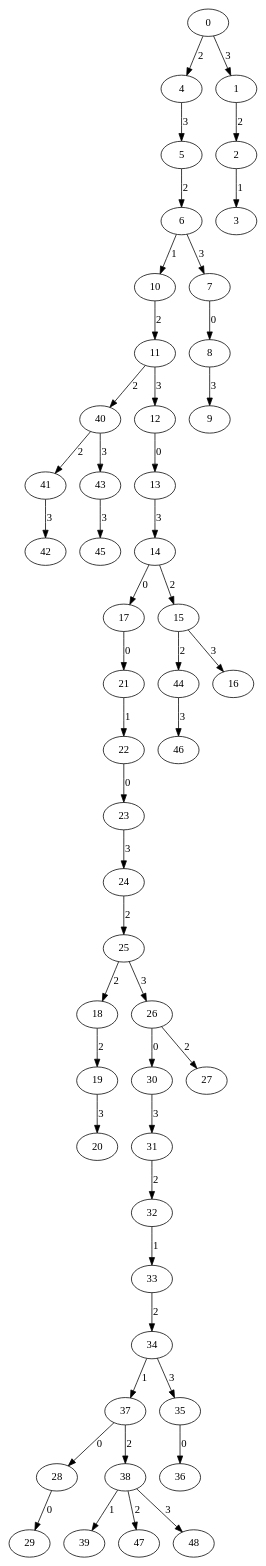
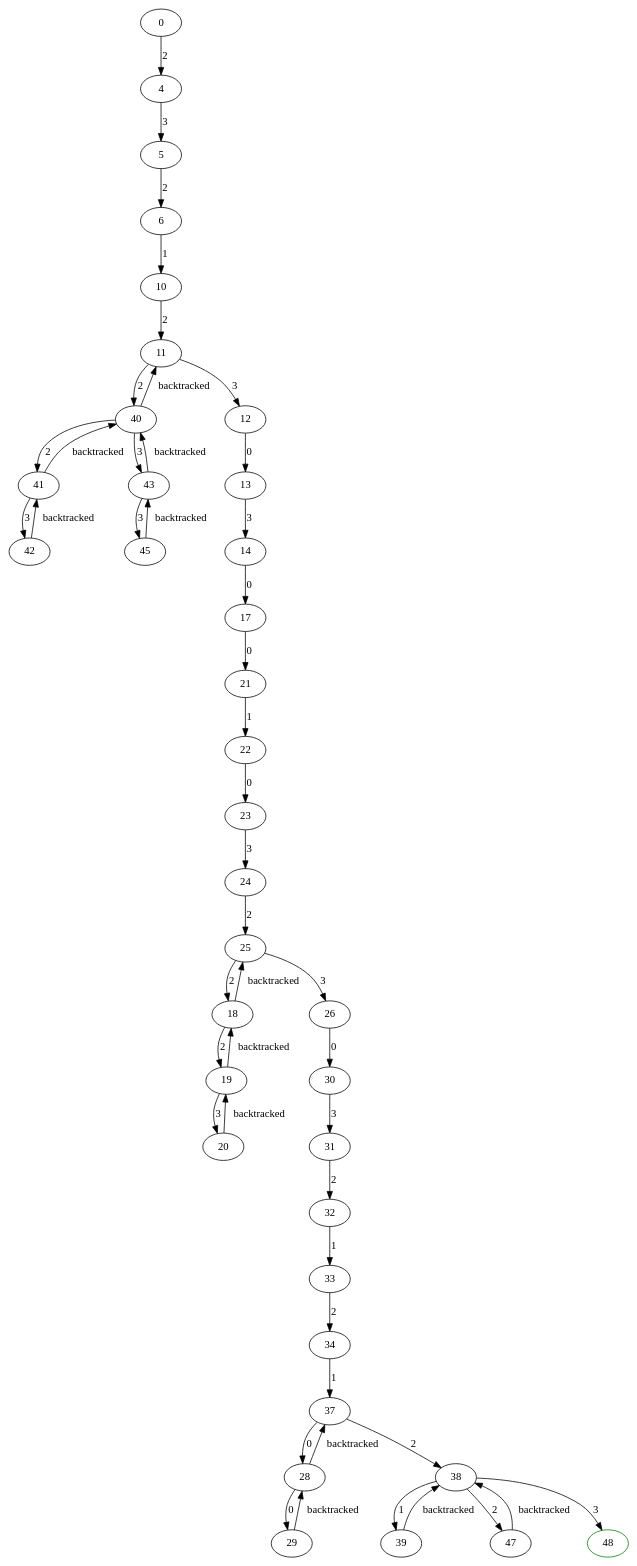
One commit to lucasduartec/DCC014 changed the diagram in tree.dot. Above: the diagram before and after it, drawn with Graphviz. The commit also changed 3 other files, not shown here.

```diff
--- a/tree.dot
+++ b/tree.dot
@@ -1,100 +1,86 @@
 strict digraph tree {
 rankdir=TB;
   0 [label="0"];
   4 [label="4"];
   5 [label="5"];
   6 [label="6"];
   10 [label="10"];
   11 [label="11"];
   40 [label="40"];
   41 [label="41"];
   42 [label="42"];
+  42 -> 41 [label="backtracked"];
   41 -> 42 [label="3"];
+  41 -> 40 [label="backtracked"];
   43 [label="43"];
   45 [label="45"];
+  45 -> 43 [label="backtracked"];
   43 -> 45 [label="3"];
+  43 -> 40 [label="backtracked"];
   40 -> 41 [label="2"];
   40 -> 43 [label="3"];
+  40 -> 11 [label="backtracked"];
   12 [label="12"];
   13 [label="13"];
   14 [label="14"];
   17 [label="17"];
   21 [label="21"];
   22 [label="22"];
   23 [label="23"];
   24 [label="24"];
   25 [label="25"];
   18 [label="18"];
   19 [label="19"];
   20 [label="20"];
+  20 -> 19 [label="backtracked"];
   19 -> 20 [label="3"];
+  19 -> 18 [label="backtracked"];
   18 -> 19 [label="2"];
+  18 -> 25 [label="backtracked"];
   26 [label="26"];
   30 [label="30"];
   31 [label="31"];
   32 [label="32"];
   33 [label="33"];
   34 [label="34"];
   37 [label="37"];
   28 [label="28"];
   29 [label="29"];
+  29 -> 28 [label="backtracked"];
   28 -> 29 [label="0"];
+  28 -> 37 [label="backtracked"];
   38 [label="38"];
   39 [label="39"];
+  39 -> 38 [label="backtracked"];
   47 [label="47"];
-  48 [label="48"];
+  47 -> 38 [label="backtracked"];
+  48 [label="48", color = green];
   38 -> 39 [label="1"];
   38 -> 47 [label="2"];
   38 -> 48 [label="3"];
   37 -> 28 [label="0"];
   37 -> 38 [label="2"];
-  35 [label="35"];
-  36 [label="36"];
-  35 -> 36 [label="0"];
   34 -> 37 [label="1"];
-  34 -> 35 [label="3"];
   33 -> 34 [label="2"];
   32 -> 33 [label="1"];
   31 -> 32 [label="2"];
   30 -> 31 [label="3"];
-  27 [label="27"];
   26 -> 30 [label="0"];
-  26 -> 27 [label="2"];
   25 -> 18 [label="2"];
   25 -> 26 [label="3"];
   24 -> 25 [label="2"];
   23 -> 24 [label="3"];
   22 -> 23 [label="0"];
   21 -> 22 [label="1"];
   17 -> 21 [label="0"];
-  15 [label="15"];
-  44 [label="44"];
-  46 [label="46"];
-  44 -> 46 [label="3"];
-  16 [label="16"];
-  15 -> 44 [label="2"];
-  15 -> 16 [label="3"];
   14 -> 17 [label="0"];
-  14 -> 15 [label="2"];
   13 -> 14 [label="3"];
   12 -> 13 [label="0"];
   11 -> 40 [label="2"];
   11 -> 12 [label="3"];
   10 -> 11 [label="2"];
-  7 [label="7"];
-  8 [label="8"];
-  9 [label="9"];
-  8 -> 9 [label="3"];
-  7 -> 8 [label="0"];
   6 -> 10 [label="1"];
-  6 -> 7 [label="3"];
   5 -> 6 [label="2"];
   4 -> 5 [label="3"];
-  1 [label="1"];
-  2 [label="2"];
-  3 [label="3"];
-  2 -> 3 [label="1"];
-  1 -> 2 [label="2"];
   0 -> 4 [label="2"];
-  0 -> 1 [label="3"];
 }
```
